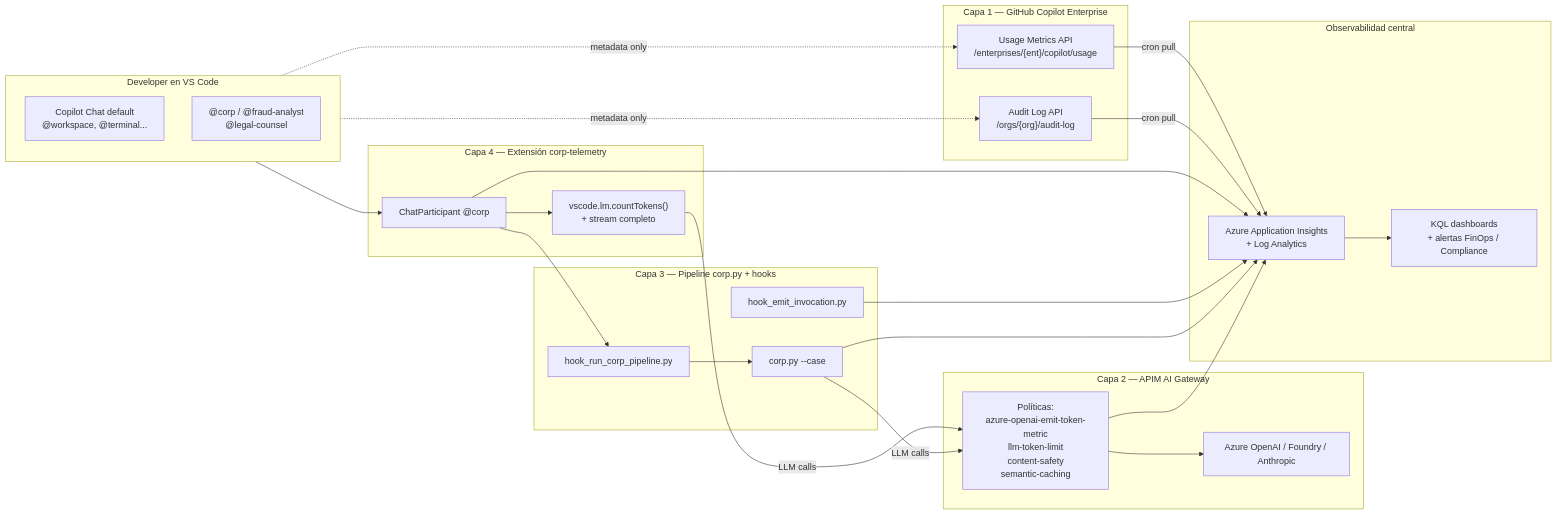
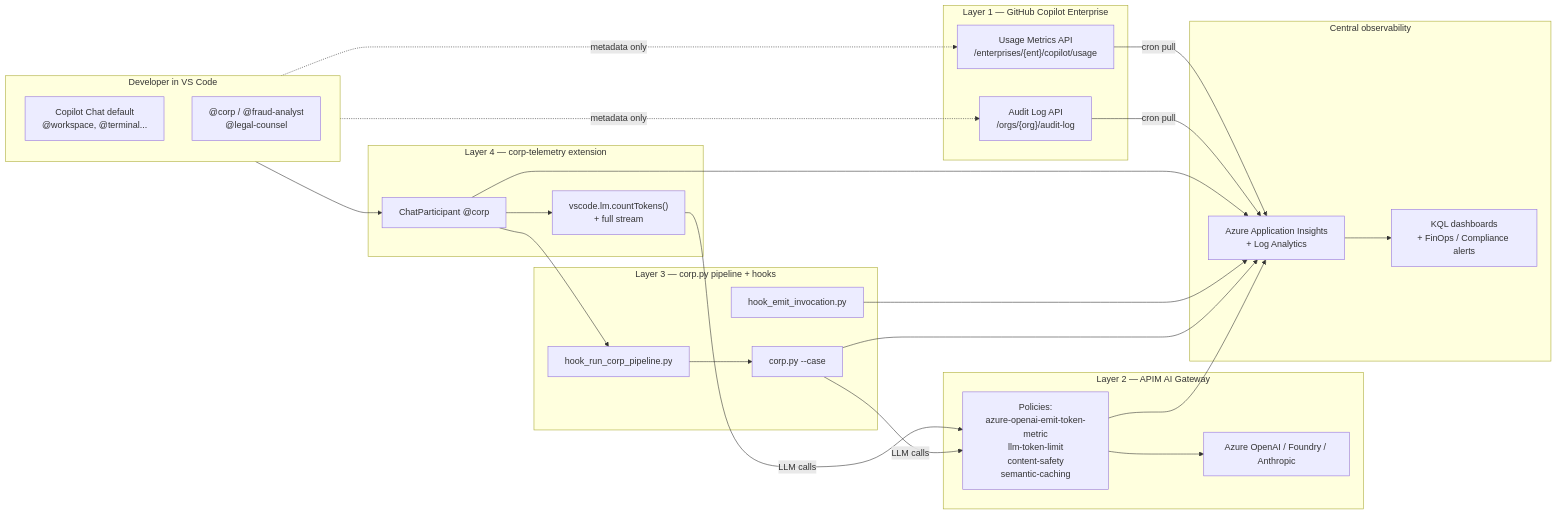
Before and after one commit to jmfloreszazo/agent-eval-poc: the diagram in scenario-3/docs/governance-architecture.md, drawn with Mermaid. The commit also changed other lines of this file, not shown here.

Commit message:
Translate governance architecture document from Spanish to English

````diff
--- a/scenario-3/docs/governance-architecture.md
+++ b/scenario-3/docs/governance-architecture.md
@@ -30,62 +30,62 @@
 ```mermaid
 flowchart LR
-    subgraph DEV["Developer en VS Code"]
+    subgraph DEV["Developer in VS Code"]
         direction TB
         D1["Copilot Chat default
 @workspace, @terminal..."]
         D2["@corp / @fraud-analyst
 @legal-counsel"]
     end
 
-    subgraph L4["Capa 4 — Extensión corp-telemetry"]
+    subgraph L4["Layer 4 — corp-telemetry extension"]
         E1["ChatParticipant @corp"]
         E2["vscode.lm.countTokens()
-+ stream completo"]
++ full stream"]
     end
 
-    subgraph L3["Capa 3 — Pipeline corp.py + hooks"]
+    subgraph L3["Layer 3 — corp.py pipeline + hooks"]
         P1["hook_run_corp_pipeline.py"]
         P2["corp.py --case"]
         P3["hook_emit_invocation.py"]
     end
 
-    subgraph L2["Capa 2 — APIM AI Gateway"]
-        G1["Políticas:
+    subgraph L2["Layer 2 — APIM AI Gateway"]
+        G1["Policies:
 azure-openai-emit-token-metric
 llm-token-limit
 content-safety
 semantic-caching"]
         G2["Azure OpenAI / Foundry / Anthropic"]
     end
 
-    subgraph L1["Capa 1 — GitHub Copilot Enterprise"]
+    subgraph L1["Layer 1 — GitHub Copilot Enterprise"]
         A1["Audit Log API
 /orgs/{org}/audit-log"]
         A2["Usage Metrics API
 /enterprises/{ent}/copilot/usage"]
     end
 
-    subgraph TEL["Observabilidad central"]
+    subgraph TEL["Central observability"]
         T1["Azure Application Insights
 + Log Analytics"]
         T2["KQL dashboards
-+ alertas FinOps / Compliance"]
++ FinOps / Compliance alerts"]
     end
 
     D1 -.metadata only.-> A1
     D1 -.metadata only.-> A2
     D2 --> E1
     E1 --> E2
     E1 --> P1
     P1 --> P2
     P2 -- LLM calls --> G1
     E2 -- LLM calls --> G1
     G1 --> G2
     G1 --> T1
     P2 --> T1
     P3 --> T1
     E1 --> T1
     A1 -- cron pull --> T1
     A2 -- cron pull --> T1
     T1 --> T2
 ```
````
